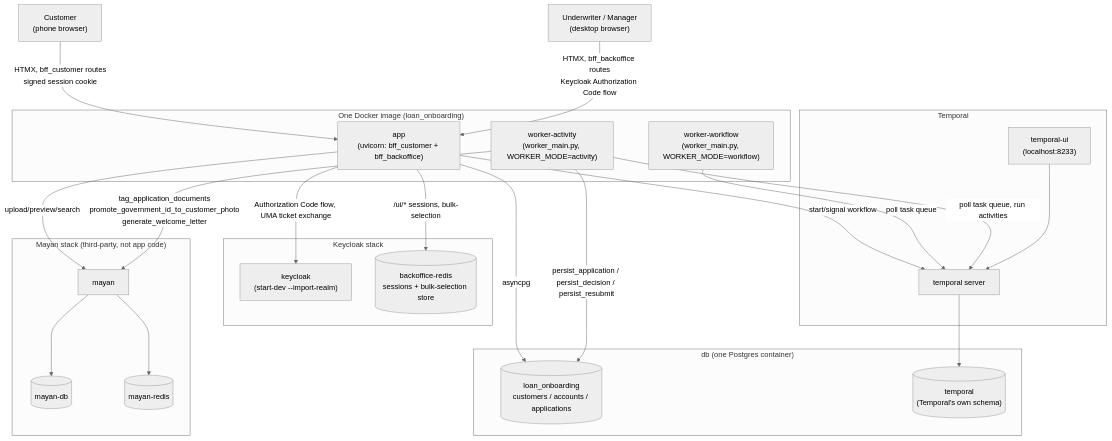
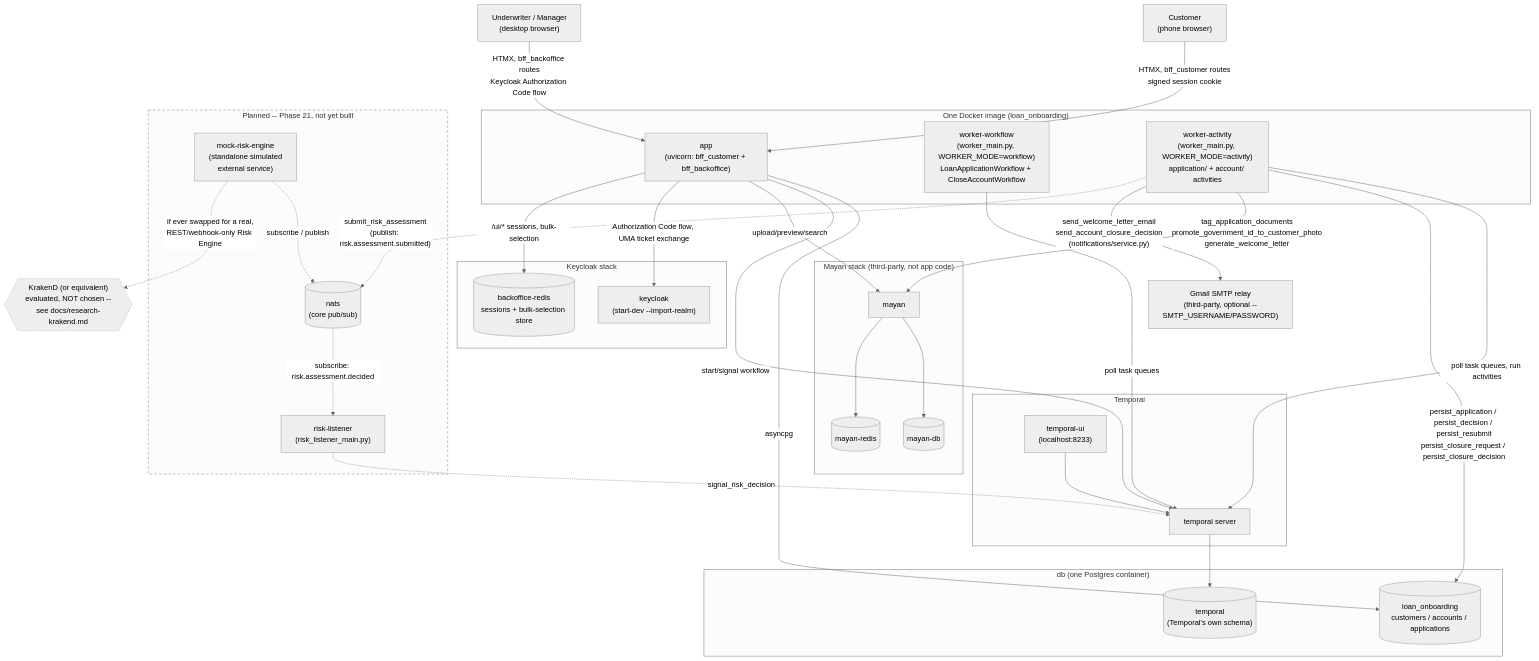
The diagram in docs/diagrams/system-architecture.md (bunyawats/loan-onboarding-poc), drawn with Mermaid (neutral theme) before and after one commit. The commit also changed other lines of this file and 2 other files, not shown here.

First line of the commit message:
Update system architecture docs for Phases 18-21 (account closure, SMTP, NATS/risk engine)

````diff
--- a/docs/diagrams/system-architecture.md
+++ b/docs/diagrams/system-architecture.md
@@ -9,52 +19,72 @@
 ```mermaid
 graph TB
     customerBrowser["Customer<br/>(phone browser)"]
     staffBrowser["Underwriter / Manager<br/>(desktop browser)"]
 
     subgraph img["One Docker image (loan_onboarding)"]
         app["app<br/>(uvicorn: bff_customer + bff_backoffice)"]
-        workerWorkflow["worker-workflow<br/>(worker_main.py, WORKER_MODE=workflow)"]
-        workerActivity["worker-activity<br/>(worker_main.py, WORKER_MODE=activity)"]
+        workerWorkflow["worker-workflow<br/>(worker_main.py, WORKER_MODE=workflow)<br/>LoanApplicationWorkflow + CloseAccountWorkflow"]
+        workerActivity["worker-activity<br/>(worker_main.py, WORKER_MODE=activity)<br/>application/ + account/ activities"]
     end
 
     subgraph pg["db (one Postgres container)"]
         loanDb[("loan_onboarding<br/>customers / accounts / applications")]
         temporalDb[("temporal<br/>(Temporal's own schema)")]
     end
 
     subgraph temporalStack["Temporal"]
         temporalServer["temporal server"]
         temporalUi["temporal-ui<br/>(localhost:8233)"]
     end
 
     subgraph kcStack["Keycloak stack"]
         keycloak["keycloak<br/>(start-dev --import-realm)"]
         backofficeRedis[("backoffice-redis<br/>sessions + bulk-selection store")]
     end
 
     subgraph mayanStack["Mayan stack (third-party, not app code)"]
         mayan["mayan"]
         mayanDb[("mayan-db")]
         mayanRedis[("mayan-redis")]
     end
 
+    gmail["Gmail SMTP relay<br/>(third-party, optional --<br/>SMTP_USERNAME/PASSWORD)"]
+
     customerBrowser -->|"HTMX, bff_customer routes<br/>signed session cookie"| app
     staffBrowser -->|"HTMX, bff_backoffice routes<br/>Keycloak Authorization Code flow"| app
 
     app -->|asyncpg| loanDb
     app -->|start/signal workflow| temporalServer
     app -->|upload/preview/search| mayan
     app -->|Authorization Code flow, UMA ticket exchange| keycloak
     app -->|"/ui/* sessions, bulk-selection"| backofficeRedis
 
-    workerWorkflow -->|poll task queue| temporalServer
-    workerActivity -->|poll task queue, run activities| temporalServer
-    workerActivity -->|"persist_application / persist_decision / persist_resubmit"| loanDb
+    workerWorkflow -->|poll task queues| temporalServer
+    workerActivity -->|poll task queues, run activities| temporalServer
+    workerActivity -->|"persist_application / persist_decision / persist_resubmit<br/>persist_closure_request / persist_closure_decision"| loanDb
     workerActivity -->|"tag_application_documents<br/>promote_government_id_to_customer_photo<br/>generate_welcome_letter"| mayan
+    workerActivity -->|"send_welcome_letter_email<br/>send_account_closure_decision<br/>(notifications/service.py)"| gmail
 
     temporalServer --> temporalDb
     temporalUi --> temporalServer
 
     mayan --> mayanDb
     mayan --> mayanRedis
+
+    subgraph riskPlanned["Planned -- Phase 21, not yet built"]
+        nats[("nats<br/>(core pub/sub)")]
+        mockRisk["mock-risk-engine<br/>(standalone simulated<br/>external service)"]
+        riskListener["risk-listener<br/>(risk_listener_main.py)"]
+    end
+
+    workerActivity -.->|"submit_risk_assessment<br/>(publish: risk.assessment.submitted)"| nats
+    mockRisk -.->|"subscribe / publish"| nats
+    nats -.->|"subscribe: risk.assessment.decided"| riskListener
+    riskListener -.->|signal_risk_decision| temporalServer
+
+    krakend{{"KrakenD (or equivalent)<br/>evaluated, NOT chosen --<br/>see docs/research-krakend.md"}}
+    mockRisk -.->|"if ever swapped for a real,<br/>REST/webhook-only Risk Engine"| krakend
+
+    style riskPlanned stroke-dasharray: 5 5
+    style krakend stroke-dasharray: 2 2,fill:#eee,stroke:#999
 ```
````
